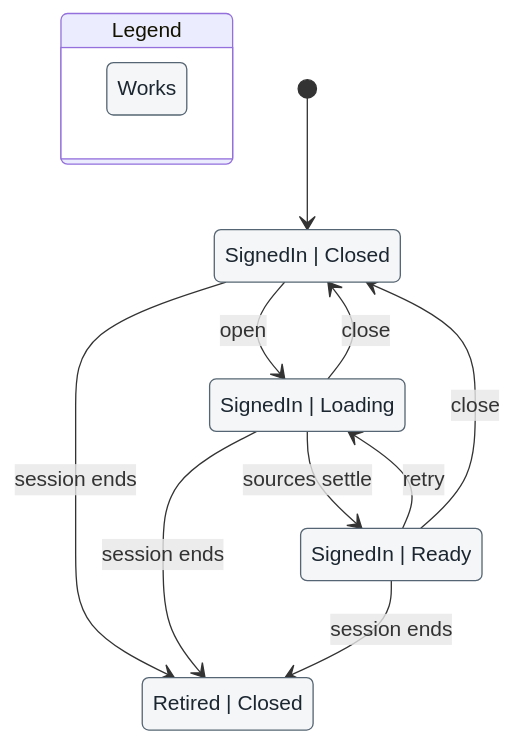
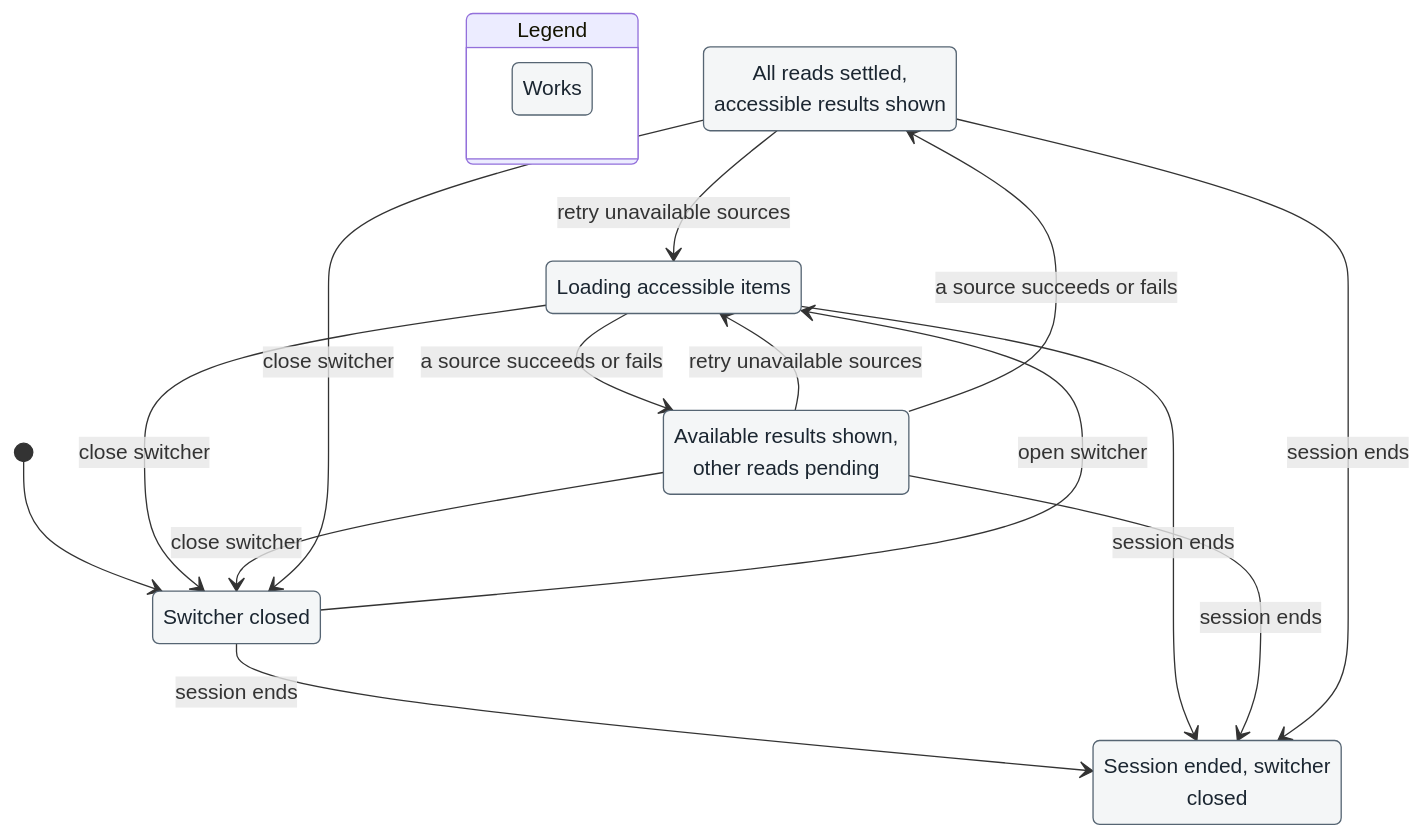
The diagram in proofs/wr617-switcher-inbox/chart.mmd (jbookout/doctorcre-app), drawn with Mermaid before and after one commit. The commit also changed 6 other files, not shown here.

First line of the commit message:
fix(switcher): publish each source without waiting for inbox

```diff
--- a/proofs/wr617-switcher-inbox/chart.mmd
+++ b/proofs/wr617-switcher-inbox/chart.mmd
@@ -1,34 +1,41 @@
 ---
 config:
   markdownAutoWrap: false
   state:
     useMaxWidth: false
 ---
 stateDiagram-v2
+  %% labels in full
   classDef works fill:#f4f6f7,stroke:#566573,color:#1b2631
   classDef wrong fill:#fdedec,stroke:#c0392b,color:#7b241c
   classDef fixed fill:#e9f7ef,stroke:#1e8449,color:#145a32
   classDef worksPath fill:#f4f6f7,stroke:#1f3a93,stroke-width:4px,color:#1b2631
   classDef wrongPath fill:#fdedec,stroke:#1f3a93,stroke-width:4px,color:#7b241c
   classDef fixedPath fill:#e9f7ef,stroke:#1f3a93,stroke-width:4px,color:#145a32
   state "Legend" as legend {
     state "Works" as legendWorks
   }
   class legendWorks works
-  state "Retired | Closed" as s0
-  state "SignedIn | Closed" as s1
-  state "SignedIn | Loading" as s2
-  state "SignedIn | Ready" as s3
-  [*] --> s1
-  s1 --> s0 : session ends
-  s1 --> s2 : open
-  s2 --> s0 : session ends
-  s2 --> s3 : sources settle
-  s2 --> s1 : close
-  s3 --> s0 : session ends
-  s3 --> s2 : retry
-  s3 --> s1 : close
+  state "All reads settled,<br/>accessible results shown" as s0
+  state "Available results shown,<br/>other reads pending" as s1
+  state "Loading accessible items" as s2
+  state "Session ended, switcher<br/>closed" as s3
+  state "Switcher closed" as s4
+  [*] --> s4
+  s4 --> s2 : open switcher
+  s4 --> s3 : session ends
+  s2 --> s4 : close switcher
+  s2 --> s3 : session ends
+  s2 --> s1 : a source succeeds or fails
+  s1 --> s2 : retry unavailable sources
+  s1 --> s4 : close switcher
+  s1 --> s3 : session ends
+  s1 --> s0 : a source succeeds or fails
+  s0 --> s2 : retry unavailable sources
+  s0 --> s4 : close switcher
+  s0 --> s3 : session ends
   class s0 works
   class s1 works
   class s2 works
   class s3 works
+  class s4 works
```
